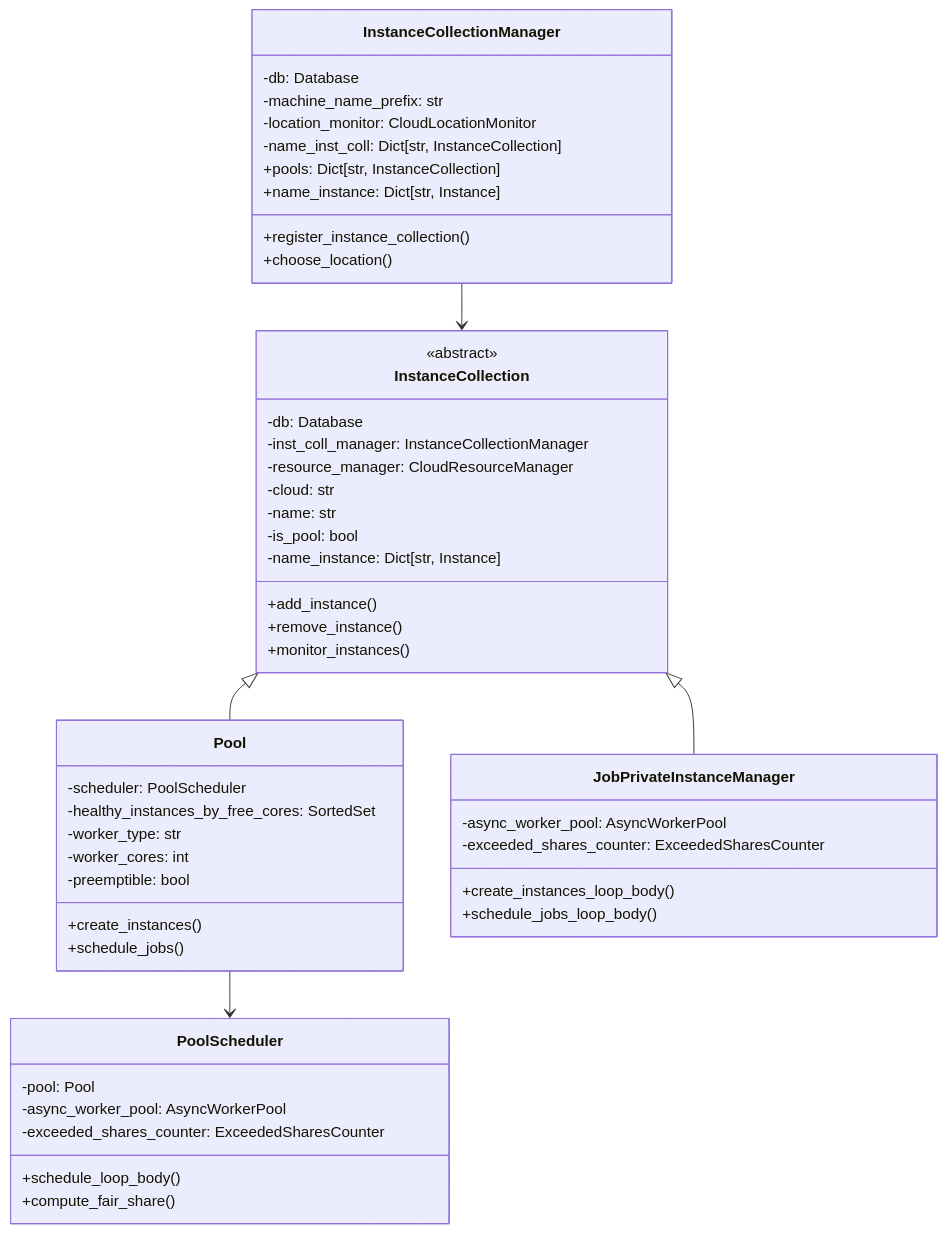
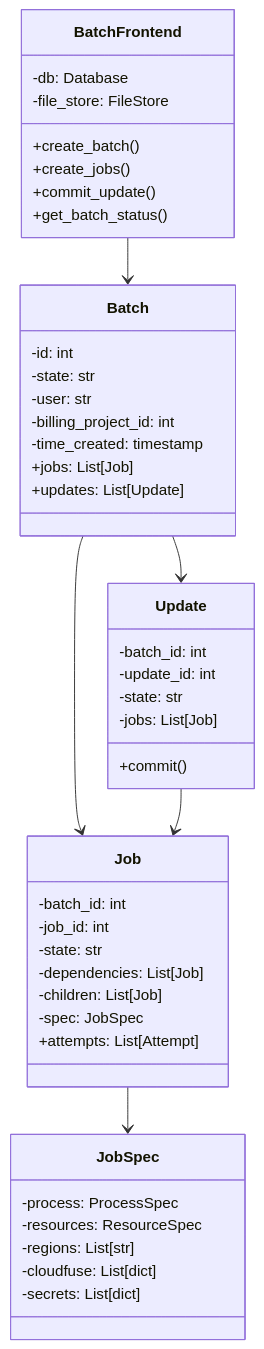
One commit to cjllanwarne/hail changed the second of 9 diagrams in dev-docs/services/batch/code-structure.md. Above: the diagram before and after it, drawn with Mermaid. The commit also changed other lines of this file, not shown here.

````diff
--- a/dev-docs/services/batch/code-structure.md
+++ b/dev-docs/services/batch/code-structure.md
@@ -104,57 +64,53 @@
 ```mermaid
 classDiagram
-    class InstanceCollectionManager {
+    class BatchFrontend {
         -db: Database
-        -machine_name_prefix: str
-        -location_monitor: CloudLocationMonitor
-        -name_inst_coll: Dict[str, InstanceCollection]
-        +register_instance_collection()
-        +choose_location()
-        +pools: Dict[str, InstanceCollection]
-        +name_instance: Dict[str, Instance]
+        -file_store: FileStore
+        +create_batch()
+        +create_jobs()
+        +commit_update()
+        +get_batch_status()
     }
     
-    class InstanceCollection {
-        <<abstract>>
-        -db: Database
-        -inst_coll_manager: InstanceCollectionManager
-        -resource_manager: CloudResourceManager
-        -cloud: str
-        -name: str
-        -is_pool: bool
-        -name_instance: Dict[str, Instance]
-        +add_instance()
-        +remove_instance()
-        +monitor_instances()
+    class Batch {
+        -id: int
+        -state: str
+        -user: str
+        -billing_project_id: int
+        -time_created: timestamp
+        +jobs: List[Job]
+        +updates: List[Update]
     }
     
-    class Pool {
-        -scheduler: PoolScheduler
-        -healthy_instances_by_free_cores: SortedSet
-        -worker_type: str
-        -worker_cores: int
-        -preemptible: bool
-        +create_instances()
-        +schedule_jobs()
+    class Job {
+        -batch_id: int
+        -job_id: int
+        -state: str
+        -dependencies: List[Job]
+        -children: List[Job]
+        -spec: JobSpec
+        +attempts: List[Attempt]
     }
     
-    class JobPrivateInstanceManager {
-        -async_worker_pool: AsyncWorkerPool
-        -exceeded_shares_counter: ExceededSharesCounter
-        +create_instances_loop_body()
-        +schedule_jobs_loop_body()
+    class JobSpec {
+        -process: ProcessSpec
+        -resources: ResourceSpec
+        -regions: List[str]
+        -cloudfuse: List[dict]
+        -secrets: List[dict]
     }
     
-    class PoolScheduler {
-        -pool: Pool
-        -async_worker_pool: AsyncWorkerPool
-        -exceeded_shares_counter: ExceededSharesCounter
-        +schedule_loop_body()
-        +compute_fair_share()
+    class Update {
+        -batch_id: int
+        -update_id: int
+        -state: str
+        -jobs: List[Job]
+        +commit()
     }
     
-    InstanceCollectionManager --> InstanceCollection
-    InstanceCollection <|-- Pool
-    InstanceCollection <|-- JobPrivateInstanceManager
-    Pool --> PoolScheduler
+    BatchFrontend --> Batch
+    Batch --> Job
+    Job --> JobSpec
+    Batch --> Update
+    Update --> Job
 ```
````
